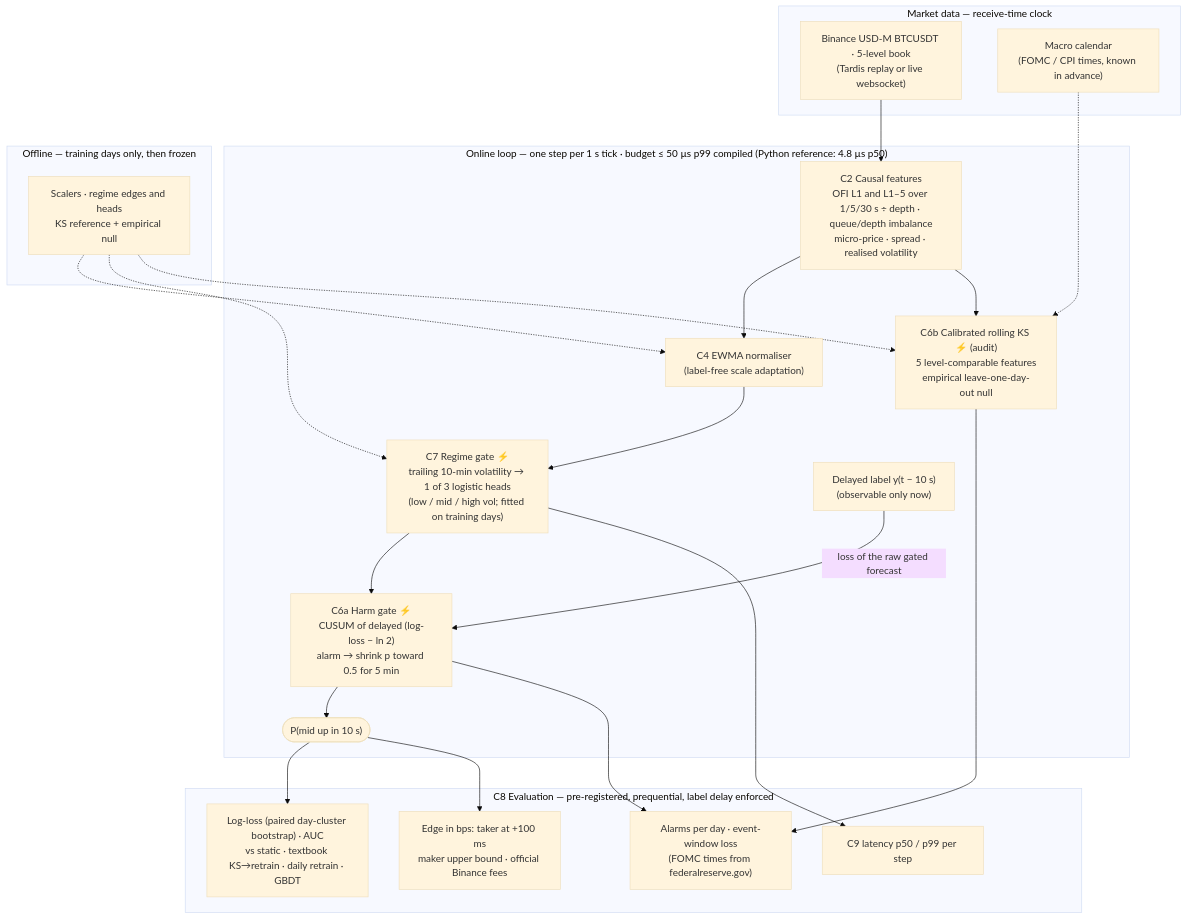
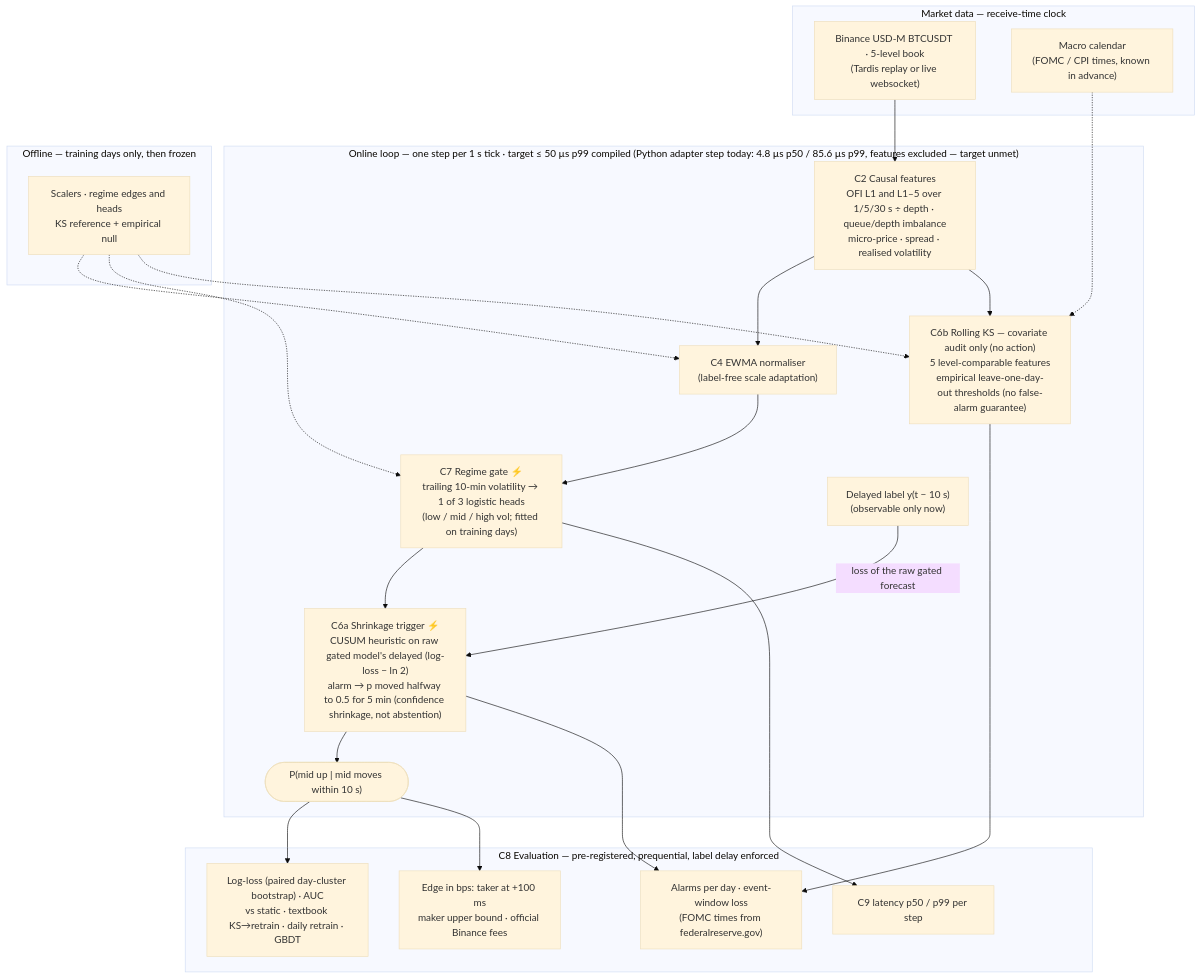
The diagram in perceptron-p04-lob-regimes/deliverables/architecture.md (imdigitalashish/techfest-2026), drawn with Mermaid (base theme) before and after one commit. The commit also changed other lines of this file and 22 other files, not shown here.

````diff
--- a/perceptron-p04-lob-regimes/deliverables/architecture.md
+++ b/perceptron-p04-lob-regimes/deliverables/architecture.md
@@ -3,38 +3,38 @@
 ```mermaid
 flowchart TB
   subgraph DATA["Market data — receive-time clock"]
     WS["Binance USD-M BTCUSDT · 5-level book<br/>(Tardis replay or live websocket)"]
     CAL["Macro calendar<br/>(FOMC / CPI times, known in advance)"]
   end
 
-  subgraph HOT["Online loop — one step per 1 s tick · budget ≤ 50 µs p99 compiled (Python reference: 4.8 µs p50)"]
+  subgraph HOT["Online loop — one step per 1 s tick · target ≤ 50 µs p99 compiled (Python adapter step today: 4.8 µs p50 / 85.6 µs p99, features excluded — target unmet)"]
     F["C2 Causal features<br/>OFI L1 and L1–5 over 1/5/30 s ÷ depth · queue/depth imbalance<br/>micro-price · spread · realised volatility"]
     N["C4 EWMA normaliser<br/>(label-free scale adaptation)"]
     G["C7 Regime gate ⚡<br/>trailing 10-min volatility → 1 of 3 logistic heads<br/>(low / mid / high vol; fitted on training days)"]
-    H["C6a Harm gate ⚡<br/>CUSUM of delayed (log-loss − ln 2)<br/>alarm → shrink p toward 0.5 for 5 min"]
-    K["C6b Calibrated rolling KS ⚡ (audit)<br/>5 level-comparable features<br/>empirical leave-one-day-out null"]
+    H["C6a Shrinkage trigger ⚡<br/>CUSUM heuristic on raw gated model's delayed (log-loss − ln 2)<br/>alarm → p moved halfway to 0.5 for 5 min (confidence shrinkage, not abstention)"]
+    K["C6b Rolling KS — covariate audit only (no action)<br/>5 level-comparable features<br/>empirical leave-one-day-out thresholds (no false-alarm guarantee)"]
     Y["Delayed label y(t − 10 s)<br/>(observable only now)"]
-    P(["P(mid up in 10 s)"])
+    P(["P(mid up | mid moves within 10 s)"])
   end
 
   subgraph OFF["Offline — training days only, then frozen"]
     TR["Scalers · regime edges and heads<br/>KS reference + empirical null"]
   end
 
   subgraph EVAL["C8 Evaluation — pre-registered, prequential, label delay enforced"]
     E1["Log-loss (paired day-cluster bootstrap) · AUC<br/>vs static · textbook KS→retrain · daily retrain · GBDT"]
     E2["Alarms per day · event-window loss<br/>(FOMC times from federalreserve.gov)"]
     E3["Edge in bps: taker at +100 ms<br/>maker upper bound · official Binance fees"]
     E4["C9 latency p50 / p99 per step"]
   end
 
   WS --> F --> N --> G --> H --> P
   F --> K
   CAL -.-> K
   Y -- "loss of the raw gated forecast" --> H
   TR -.-> N & G & K
   P --> E1 & E3
   K --> E2
   H --> E2
   G --> E4
 ```
````
